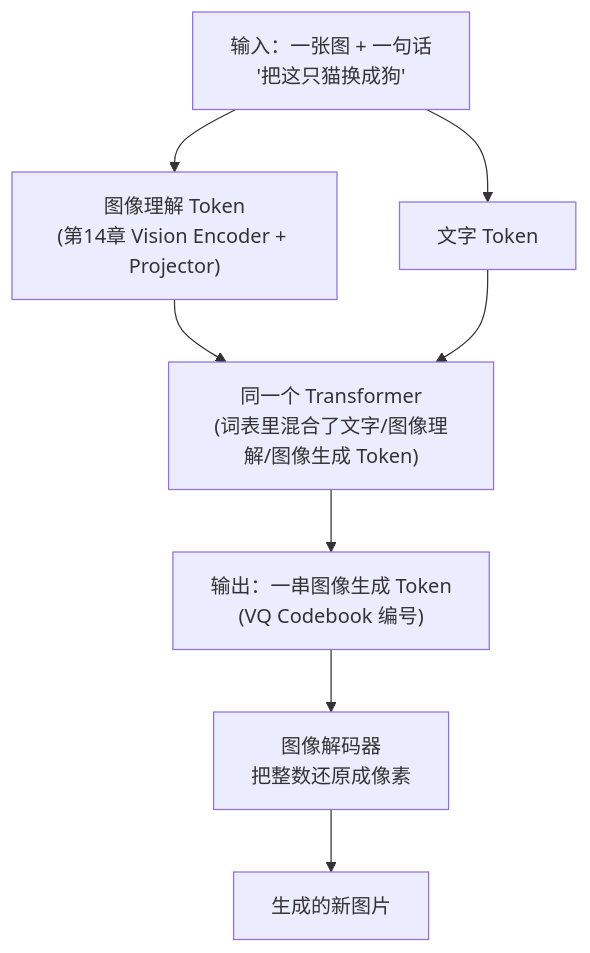
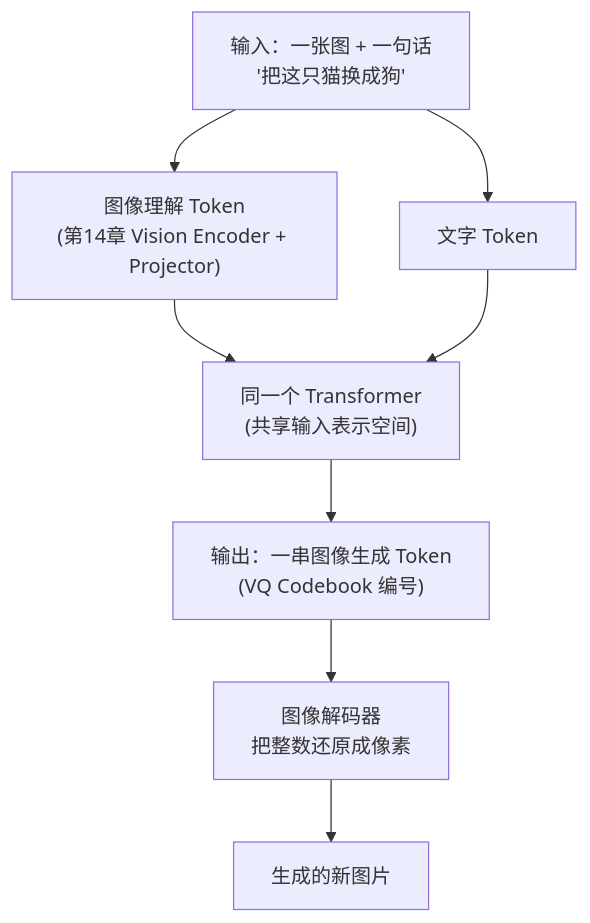
The third of 4 diagrams in 1. LLM基础/15. 多模态大模型进阶——统一理解与生成.md (AI-learning-simple/Build-Your-Own-LLM), drawn with Mermaid before and after one commit. The commit also changed other lines of this file and 60 other files, not shown here.

````diff
--- a/1. LLM基础/15. 多模态大模型进阶——统一理解与生成.md
+++ b/1. LLM基础/15. 多模态大模型进阶——统一理解与生成.md
@@ -72,9 +72,9 @@
 ```mermaid
 flowchart TD
     A["输入：一张图 + 一句话<br/>'把这只猫换成狗'"] --> B["图像理解 Token<br/>(第14章 Vision Encoder + Projector)"]
     A --> C["文字 Token"]
-    B --> D["同一个 Transformer<br/>(词表里混合了文字/图像理解/图像生成 Token)"]
+    B --> D["同一个 Transformer<br/>(共享输入表示空间)"]
     C --> D
     D --> E["输出：一串图像生成 Token<br/>(VQ Codebook 编号)"]
     E --> F["图像解码器<br/>把整数还原成像素"] --> G["生成的新图片"]
 ```
````
